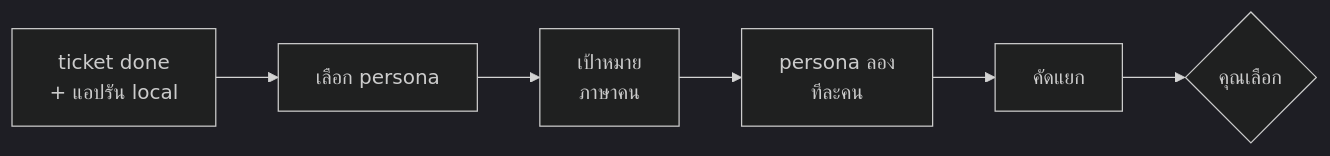
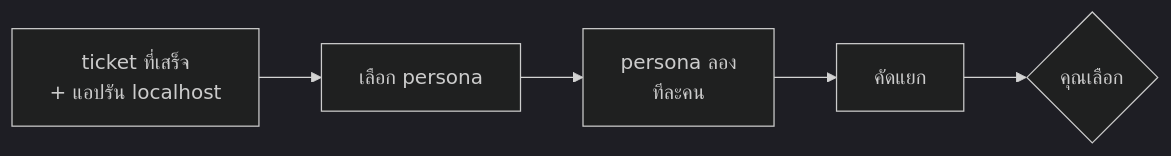
Before and after one commit to mousemouse094526/kiki-kit: the fifth of 5 diagrams in docs/flow.th.md, drawn with Mermaid (dark theme). The commit also changed other lines of this file and 27 other files, not shown here.

````diff
--- a/docs/flow.th.md
+++ b/docs/flow.th.md
@@ -256,11 +144,10 @@
 ```mermaid
 flowchart LR
-    S["ticket done<br/>+ แอปรัน local"]
+    S["ticket ที่เสร็จ<br/>+ แอปรัน localhost"]
     C["เลือก persona"]
-    G["เป้าหมาย<br/>ภาษาคน"]
     RUN["persona ลอง<br/>ทีละคน"]
     TRI["คัดแยก"]
     P{"คุณเลือก"}
 
-    S --> C --> G --> RUN --> TRI --> P
+    S --> C --> RUN --> TRI --> P
 ```
````
